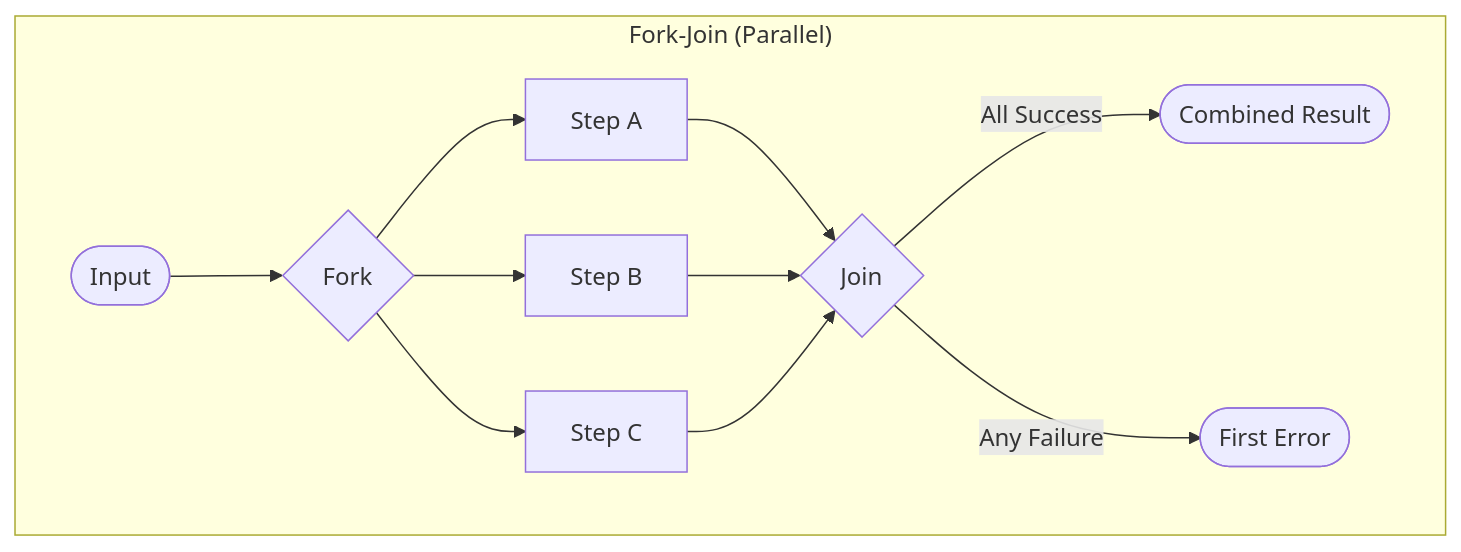
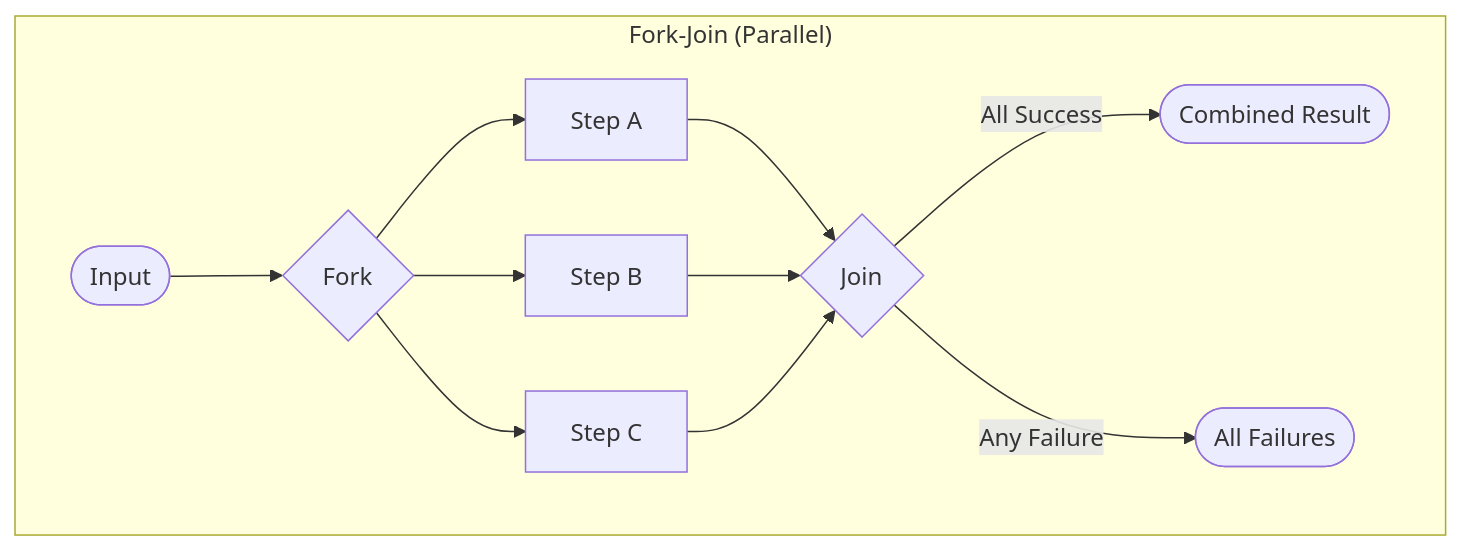
Before and after one commit to siy/coding-technology: the second of 18 diagrams in book/diagrams.md, drawn with Mermaid. The commit also changed 6 other files, not shown here.

Commit message:
docs: JBCT - allOrCancel saves waiting not work; join failures always composite; TimeSpan factory and Result.any signature fixed

````diff
--- a/book/diagrams.md
+++ b/book/diagrams.md
@@ -37,14 +37,14 @@
 ```mermaid
 flowchart TB
     subgraph ForkJoin["Fork-Join (Parallel)"]
         Input([Input]) --> Fork{Fork}
         Fork --> A[Step A]
         Fork --> B[Step B]
         Fork --> C[Step C]
         A --> Join{Join}
         B --> Join
         C --> Join
         Join -->|All Success| Output([Combined Result])
-        Join -->|Any Failure| Error([First Error])
+        Join -->|Any Failure| Error([All Failures])
     end
 ```
````
